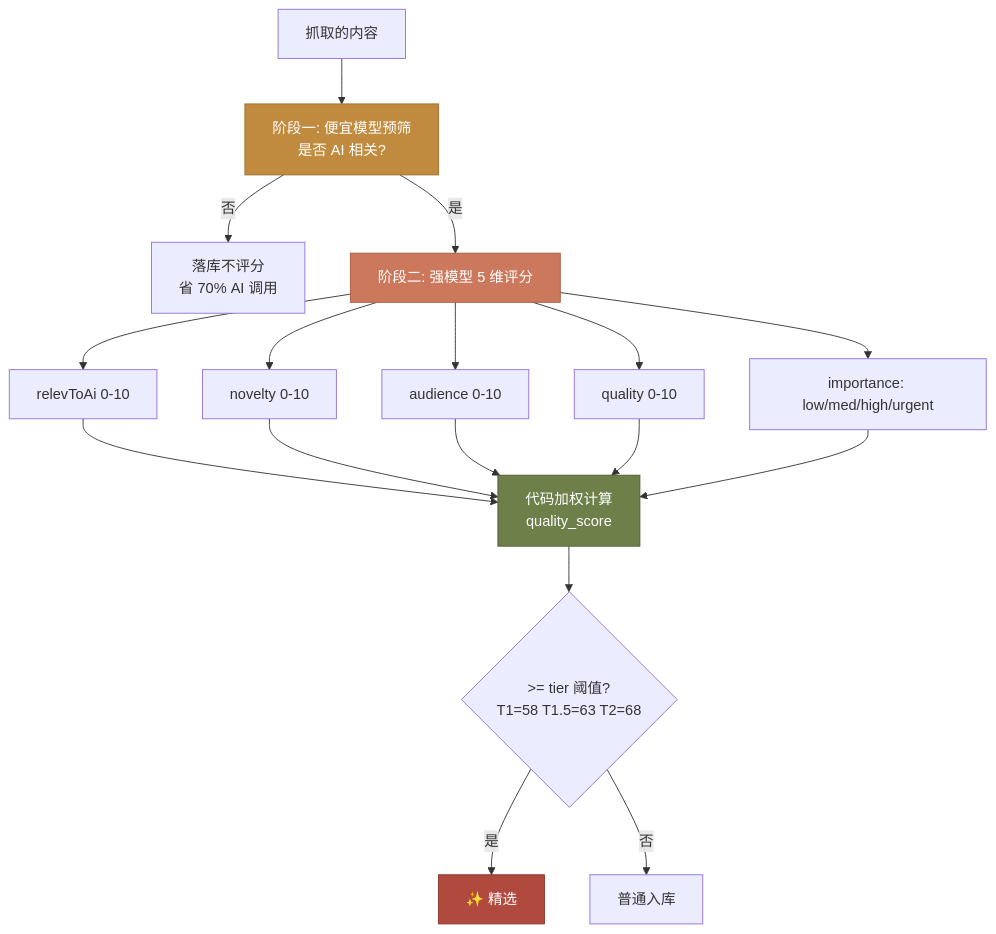
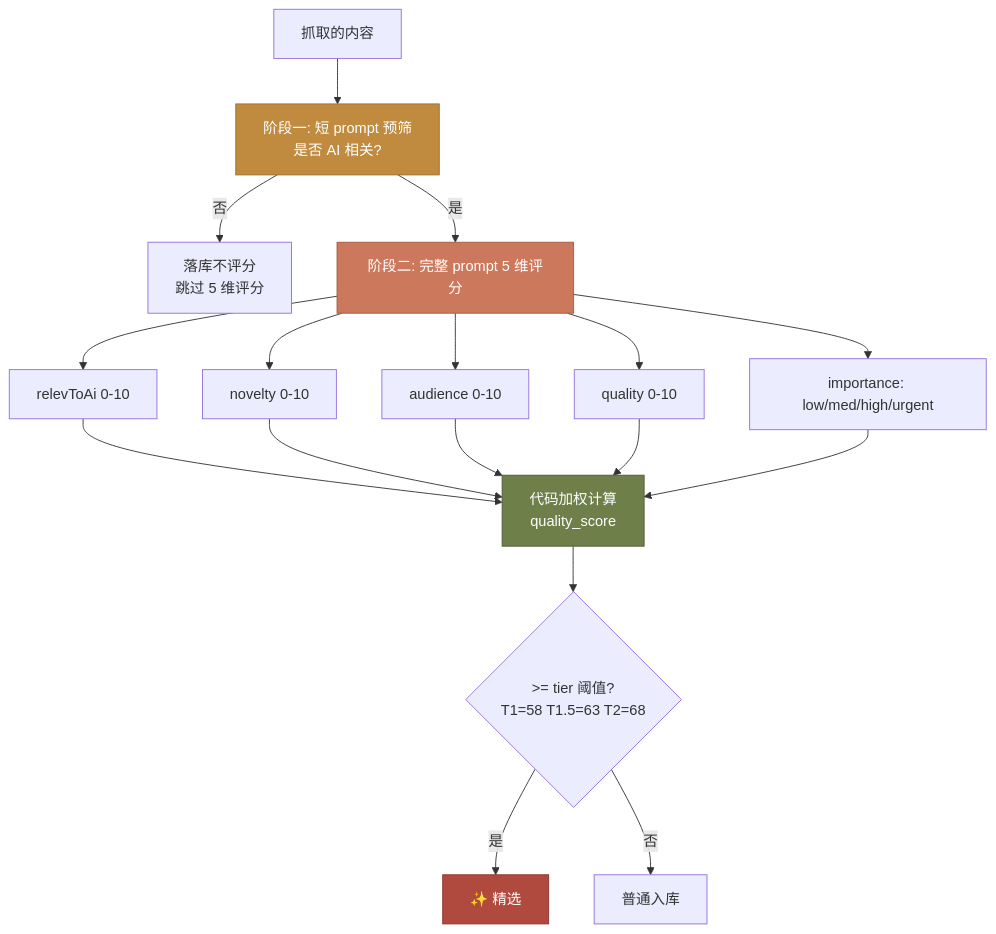
Before and after one commit to zenitlab/ai-hot-radar: the third of 4 diagrams in 我实现了一个开源 AI 热点雷达 - 从抓取到精选的全流程实战.md, drawn with Mermaid. The commit also changed other lines of this file and 3 other files, not shown here.

````diff
--- a/我实现了一个开源 AI 热点雷达 - 从抓取到精选的全流程实战.md
+++ b/我实现了一个开源 AI 热点雷达 - 从抓取到精选的全流程实战.md
@@ -151,20 +152,20 @@
 ```mermaid
 graph TD
-    A[抓取的内容] --> B[阶段一: 便宜模型预筛<br/>是否 AI 相关?]
-    B -->|否| Z[落库不评分<br/>省 70% AI 调用]
-    B -->|是| C[阶段二: 强模型 5 维评分]
+    A[抓取的内容] --> B[阶段一: 短 prompt 预筛<br/>是否 AI 相关?]
+    B -->|否| Z[落库不评分<br/>跳过 5 维评分]
+    B -->|是| C[阶段二: 完整 prompt 5 维评分]
     C --> C1[relevToAi 0-10]
     C --> C2[novelty 0-10]
     C --> C3[audience 0-10]
     C --> C4[quality 0-10]
     C --> C5[importance: low/med/high/urgent]
     C1 & C2 & C3 & C4 & C5 --> D[代码加权计算<br/>quality_score]
     D --> E{>= tier 阈值?<br/>T1=58 T1.5=63 T2=68}
     E -->|是| F[✨ 精选]
     E -->|否| G[普通入库]
 
     style B fill:#c08b3f,stroke:#9a6e2f,color:#fff
     style C fill:#cc785c,stroke:#a85c43,color:#fff
     style D fill:#6e7f4a,stroke:#4d5a32,color:#fff
     style F fill:#b14a3e,stroke:#8a3429,color:#fff
 ```
````
